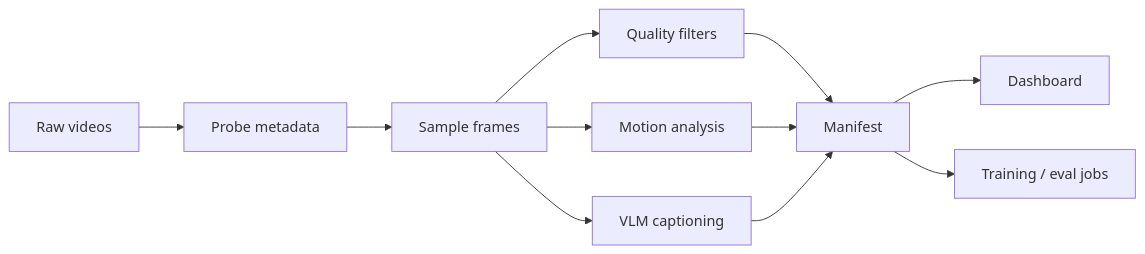
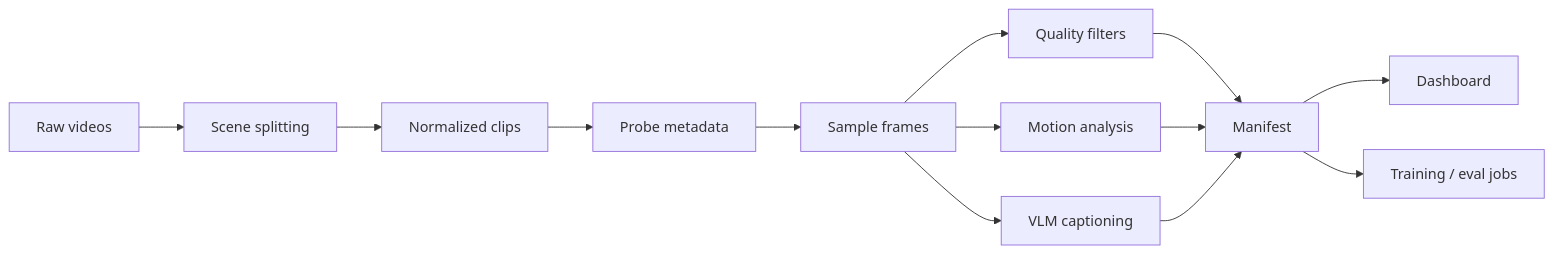
One commit to karatarassul4-max/video-dataset-factory changed the diagram in README.md. Above: the diagram before and after it, drawn with Mermaid. The commit also changed other lines of this file and 6 other files, not shown here.

Commit message:
Add scene splitting and clip normalization

````diff
--- a/README.md
+++ b/README.md
@@ -36,13 +37,15 @@
 ```mermaid
 flowchart LR
-    A[Raw videos] --> B[Probe metadata]
-    B --> C[Sample frames]
-    C --> D[Quality filters]
-    C --> E[Motion analysis]
-    C --> F[VLM captioning]
-    D --> G[Manifest]
-    E --> G
-    F --> G
-    G --> H[Dashboard]
-    G --> I[Training / eval jobs]
+    A[Raw videos] --> B[Scene splitting]
+    B --> C[Normalized clips]
+    C --> D[Probe metadata]
+    D --> E[Sample frames]
+    E --> F[Quality filters]
+    E --> G[Motion analysis]
+    E --> H[VLM captioning]
+    F --> I[Manifest]
+    G --> I
+    H --> I
+    I --> J[Dashboard]
+    I --> K[Training / eval jobs]
 ```
````
